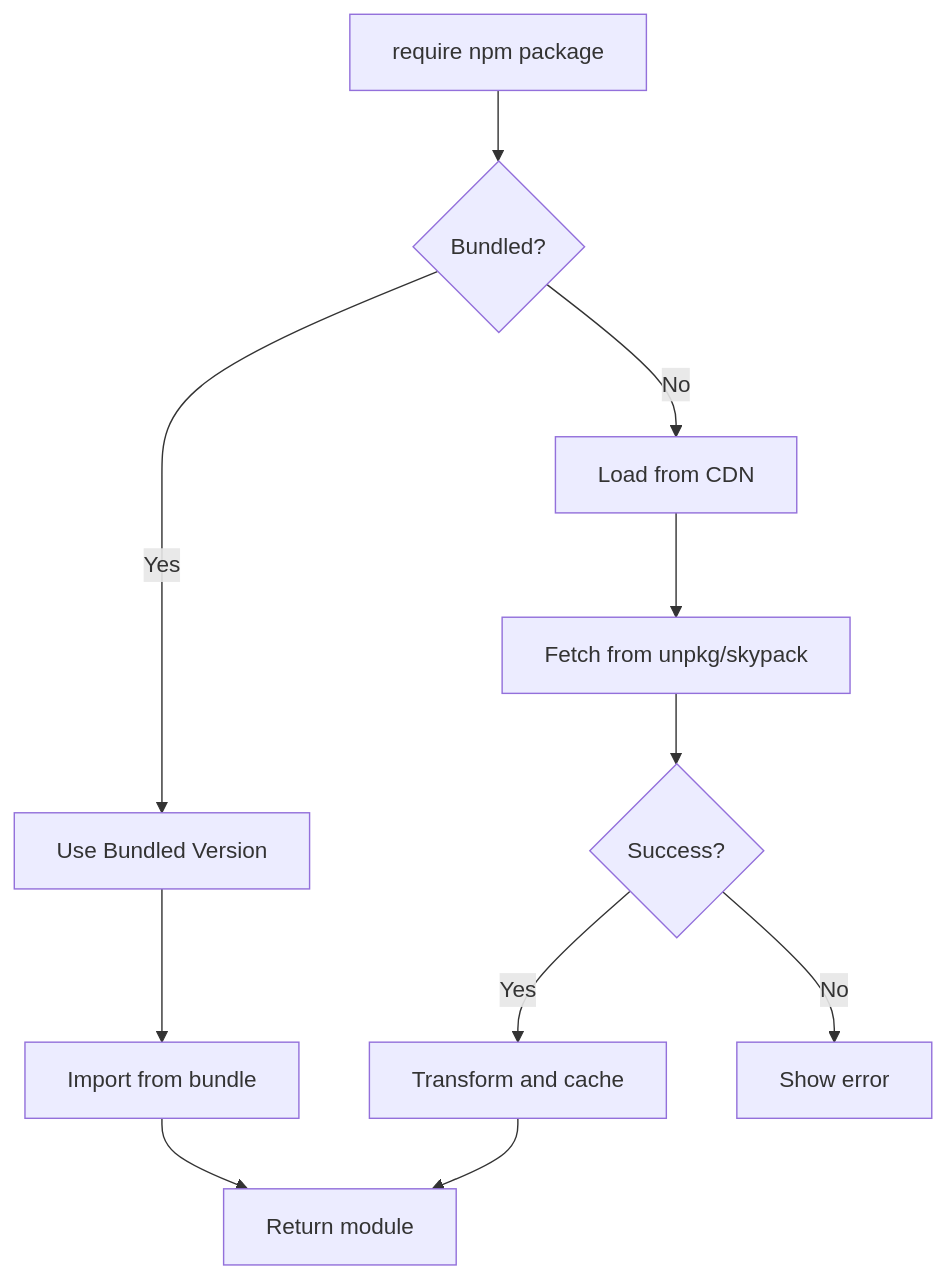
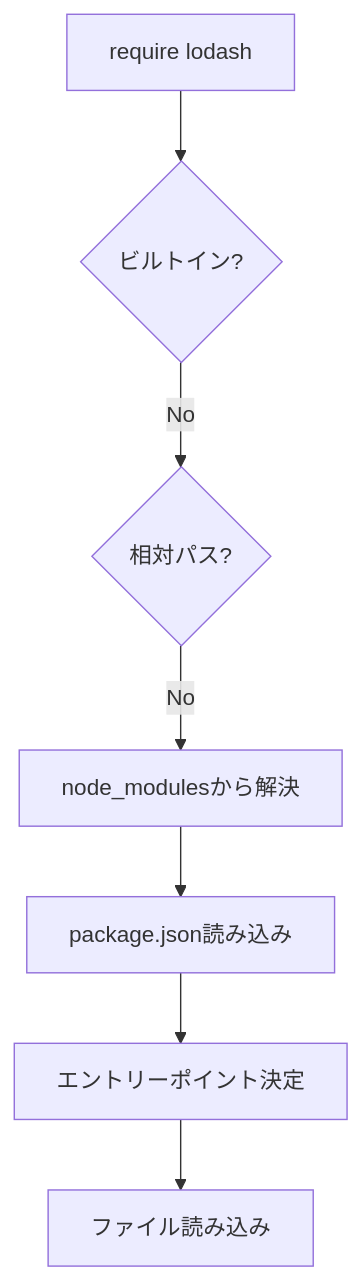
Diagram 11 of 12 in docs/NODE-RUNTIME.md (Stasshe/Pyxis-CodeCanvas), drawn with Mermaid before and after one commit. The commit also changed other lines of this file and 4 other files, not shown here.

````diff
--- a/docs/NODE-RUNTIME.md
+++ b/docs/NODE-RUNTIME.md
@@ -638,17 +538,17 @@
 ```mermaid
 graph TB
-    A[require npm package] --> B{Bundled?}
+    Require[require lodash]
+    Check1{ビルトイン?}
+    Check2{相対パス?}
+    NodeMods[node_modulesから解決]
+    PkgJSON[package.json読み込み]
+    Entry[エントリーポイント決定]
+    Load[ファイル読み込み]
     
-    B -->|Yes| C[Use Bundled Version]
-    B -->|No| D[Load from CDN]
-    
-    C --> E[Import from bundle]
-    D --> F[Fetch from unpkg/skypack]
-    
-    F --> G{Success?}
-    G -->|Yes| H[Transform and cache]
-    G -->|No| I[Show error]
-    
-    H --> J[Return module]
-    E --> J
+    Require --> Check1
+    Check1 -->|No| Check2
+    Check2 -->|No| NodeMods
+    NodeMods --> PkgJSON
+    PkgJSON --> Entry
+    Entry --> Load
 ```
````
